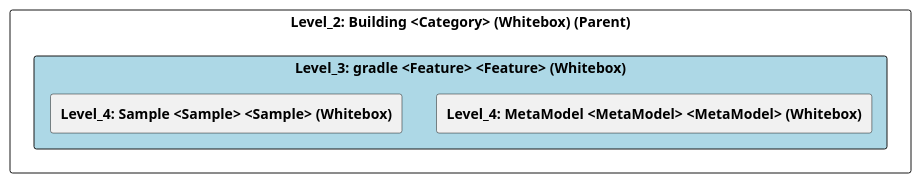
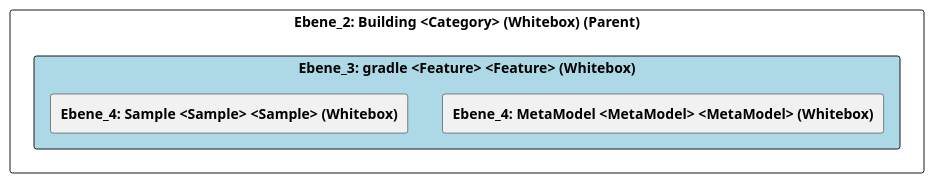
The diagram in doc/cleonproject_deliverables_architecture_model_architecture/adoc/de/05_bausteinsicht/cleon/building/gradle/ebene_3_gradle.adoc (marcozwyssig/cleon), drawn with PlantUML before and after one commit. The commit also changed other lines of this file and 258 other files, not shown here.

```diff
--- a/doc/cleonproject_deliverables_architecture_model_architecture/adoc/de/05_bausteinsicht/cleon/building/gradle/ebene_3_gradle.adoc
+++ b/doc/cleonproject_deliverables_architecture_model_architecture/adoc/de/05_bausteinsicht/cleon/building/gradle/ebene_3_gradle.adoc
@@ -24,25 +24,25 @@
-[plantuml, Level_3: gradle <Feature> <Feature> (Whitebox)BlockOverview, format="svg"]
+[plantuml, Ebene_3: gradle <Feature> <Feature> (Whitebox)BlockOverview, format="svg"]
 ----
-@startuml Level_3: gradle <Feature> <Feature> (Whitebox)BuildingBlockOverview
+@startuml Ebene_3: gradle <Feature> <Feature> (Whitebox)BuildingBlockOverview
 
 skinparam ranksep 10
 skinparam componentStyle rectangle
 skinparam shadowing false
 skinparam arrowColor lightblue
 skinparam arrowThickness 1.2
 skinparam rectangle {
   BackgroundColor White
   BorderColor #333
   RoundCorner 10
 }
 top to bottom direction
 
-component "Level_2: Building <Category> (Whitebox) (Parent)" {
-    component "Level_3: gradle <Feature> <Feature> (Whitebox)" #lightblue {
-        [**Level_4: MetaModel <MetaModel> <MetaModel> (Whitebox)**] as 4A57056F_D579_11EE_903E_9F564E4DE07E
-        [**Level_4: Sample <Sample> <Sample> (Whitebox)**] as 4A57056C_D579_11EE_903E_9F564E4DE07E
+component "Ebene_2: Building <Category> (Whitebox) (Parent)" {
+    component "Ebene_3: gradle <Feature> <Feature> (Whitebox)" #lightblue {
+        [**Ebene_4: MetaModel <MetaModel> <MetaModel> (Whitebox)**] as 4A57056F_D579_11EE_903E_9F564E4DE07E
+        [**Ebene_4: Sample <Sample> <Sample> (Whitebox)**] as 4A57056C_D579_11EE_903E_9F564E4DE07E
     }
 }
 
 @enduml
 ----
```
